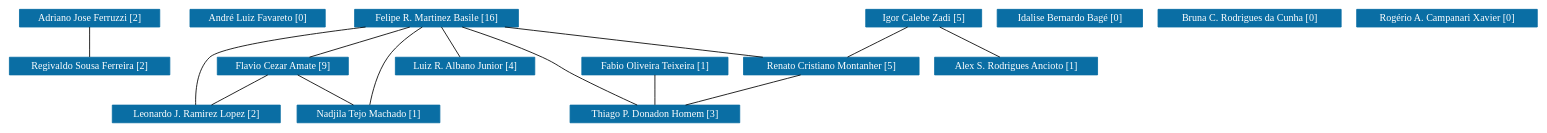
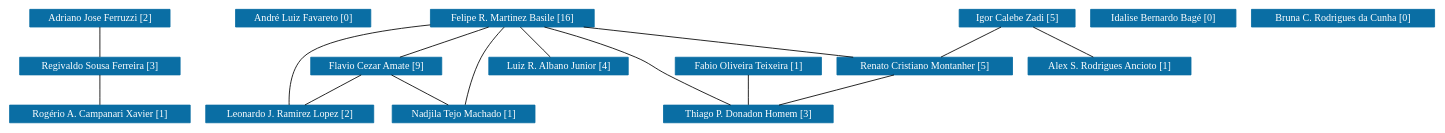
The diagram in grafoDeColaboracoesSemPesos.dot (Data-Science-Research/colaboracaoacademicaGITES), drawn with Graphviz before and after one commit. The commit also changed 72 other files, not shown here.

```diff
--- a/grafoDeColaboracoesSemPesos.dot
+++ b/grafoDeColaboracoesSemPesos.dot
@@ -1,136 +1,137 @@
 strict graph grafo1 {
-	graph [bb="0,0,1819,135",
+	graph [bb="0,0,1696.5,135",
 		id=grafo1,
 		overlap=False
 	];
 	node [fontsize=12,
 		label="\N",
 		shape=rectangle,
 		style=filled
 	];
 	0	[URL="membro-5813261133047060.html",
 		color="#0A6EA4",
 		fontcolor="#FFFFFF",
 		height=0.29167,
 		label="Adriano Jose Ferruzzi [2]",
-		pos="95.5,124.5",
+		pos="107.5,124.5",
 		width=2.3194];
 	8	[URL="membro-8291123108448027.html",
 		color="#0A6EA4",
 		fontcolor="#FFFFFF",
 		height=0.29167,
-		label="Regivaldo Sousa Ferreira [2]",
-		pos="95.5,67.5",
+		label="Regivaldo Sousa Ferreira [3]",
+		pos="107.5,67.5",
 		width=2.6528];
-	0 -- 8	[pos="95.5,113.92 95.5,103.95 95.5,88.408 95.5,78.341"];
+	0 -- 8	[pos="107.5,113.92 107.5,103.95 107.5,88.408 107.5,78.341"];
+	12	[URL="membro-5904768897181890.html",
+		color="#0A6EA4",
+		fontcolor="#FFFFFF",
+		height=0.29167,
+		label="Rogério A. Campanari Xavier [1]",
+		pos="107.5,10.5",
+		width=2.9861];
+	8 -- 12	[pos="107.5,56.92 107.5,46.948 107.5,31.408 107.5,21.341"];
 	1	[URL="membro-1741814375809802.html",
 		color="#0A6EA4",
 		fontcolor="#FFFFFF",
 		height=0.29167,
 		label="André Luiz Favareto [0]",
-		pos="295.5,124.5",
+		pos="349.5,124.5",
 		width=2.2361];
 	2	[URL="membro-9543740522912391.html",
 		color="#0A6EA4",
 		fontcolor="#FFFFFF",
 		height=0.29167,
 		label="Fabio Oliveira Teixeira [1]",
-		pos="768.5,67.5",
+		pos="879.5,67.5",
 		width=2.4167];
 	13	[URL="membro-6109272293288485.html",
 		color="#0A6EA4",
 		fontcolor="#FFFFFF",
 		height=0.29167,
 		label="Thiago P. Donadon Homem [3]",
-		pos="768.5,10.5",
+		pos="879.5,10.5",
 		width=2.8056];
-	2 -- 13	[pos="768.5,56.92 768.5,46.948 768.5,31.408 768.5,21.341"];
+	2 -- 13	[pos="879.5,56.92 879.5,46.948 879.5,31.408 879.5,21.341"];
 	3	[URL="membro-6413817150886826.html",
 		color="#0A6EA4",
 		fontcolor="#FFFFFF",
 		height=0.29167,
 		label="Felipe R. Martinez Basile [16]",
-		pos="508.5,124.5",
+		pos="598.5,124.5",
 		width=2.7083];
-	3 -- 13	[pos="539.08,113.97 564.93,105.55 602.73,92.407 634.5,78 652.07,70.031 655.33,65.803 672.5,57 697.94,43.958 727.77,30.029 747.34,21.068"];
+	3 -- 13	[pos="636.72,113.98 666.85,105.93 709.61,93.279 745.5,78 763.25,70.441 766.33,65.803 783.5,57 808.94,43.958 838.77,30.029 858.34,21.068"];
 	4	[URL="membro-8976791755900010.html",
 		color="#0A6EA4",
 		fontcolor="#FFFFFF",
 		height=0.29167,
 		label="Flavio Cezar Amate [9]",
-		pos="325.5,67.5",
+		pos="436.5,67.5",
 		width=2.1667];
-	3 -- 4	[pos="476.62,113.92 443.14,103.86 390.78,88.12 357.32,78.063"];
+	3 -- 4	[pos="570.28,113.92 540.64,103.86 494.29,88.12 464.67,78.063"];
 	7	[URL="membro-8754322948547165.html",
 		color="#0A6EA4",
 		fontcolor="#FFFFFF",
 		height=0.29167,
 		label="Luiz R. Albano Junior [4]",
-		pos="542.5,67.5",
+		pos="653.5,67.5",
 		width=2.3056];
-	3 -- 7	[pos="514.42,113.92 520.59,103.95 530.19,88.408 536.42,78.341"];
+	3 -- 7	[pos="608.08,113.92 618.05,103.95 633.59,88.408 643.66,78.341"];
 	9	[URL="membro-0270118728577579.html",
 		color="#0A6EA4",
 		fontcolor="#FFFFFF",
 		height=0.29167,
 		label="Renato Cristiano Montanher [5]",
-		pos="978.5,67.5",
+		pos="1089.5,67.5",
 		width=2.9028];
-	3 -- 9	[pos="589.83,113.98 675.88,103.91 810.87,88.116 896.98,78.039"];
+	3 -- 9	[pos="683.47,113.98 773.36,103.91 914.38,88.116 1004.3,78.039"];
 	14	[URL="membro-0112108049902805.html",
 		color="#0A6EA4",
 		fontcolor="#FFFFFF",
 		height=0.29167,
 		label="Nadjila Tejo Machado [1]",
-		pos="427.5,10.5",
+		pos="540.5,10.5",
 		width=2.3611];
-	3 -- 14	[pos="491.58,113.94 478.69,105.87 461.35,93.215 450.5,78 437.88,60.293 431.69,35.06 429.09,21.327"];
+	3 -- 14	[pos="588.78,113.82 580.51,105.11 568.84,91.623 561.5,78 551.39,59.242 545.26,34.845 542.41,21.428"];
 	15	[URL="membro-4323140190774391.html",
 		color="#0A6EA4",
 		fontcolor="#FFFFFF",
 		height=0.29167,
 		label="Leonardo J. Ramirez Lopez [2]",
-		pos="222.5,10.5",
+		pos="333.5,10.5",
 		width=2.7778];
-	3 -- 15	[pos="424.01,113.97 349.98,104.87 252.1,90.689 238.5,78 222.7,63.256 221.28,35.865 221.78,21.261"];
-	4 -- 14	[pos="343.27,56.92 361.87,46.886 390.94,31.216 409.59,21.155"];
-	4 -- 15	[pos="307.56,56.92 288.77,46.886 259.42,31.216 240.58,21.155"];
-	9 -- 13	[pos="941.92,56.92 903.49,46.856 843.41,31.12 805.01,21.063"];
+	3 -- 15	[pos="500.95,116.52 440.89,110.22 371.33,98.65 349.5,78 333.8,63.147 332.34,35.802 332.8,21.234"];
+	4 -- 14	[pos="454.62,56.92 473.59,46.886 503.22,31.216 522.24,21.155"];
+	4 -- 15	[pos="418.56,56.92 399.77,46.886 370.42,31.216 351.58,21.155"];
+	9 -- 13	[pos="1052.9,56.92 1014.5,46.856 954.41,31.12 916.01,21.063"];
 	5	[URL="membro-0255523082900191.html",
 		color="#0A6EA4",
 		fontcolor="#FFFFFF",
 		height=0.29167,
 		label="Idalise Bernardo Bagé [0]",
-		pos="1262.5,124.5",
+		pos="1373.5,124.5",
 		width=2.4028];
 	6	[URL="membro-0150761926799891.html",
 		color="#0A6EA4",
 		fontcolor="#FFFFFF",
 		height=0.29167,
 		label="Igor Calebe Zadi [5]",
-		pos="1088.5,124.5",
+		pos="1199.5,124.5",
 		width=1.9167];
-	6 -- 9	[pos="1069.3,113.92 1049.3,103.89 1017.9,88.216 997.81,78.155"];
+	6 -- 9	[pos="1180.3,113.92 1160.3,103.89 1128.9,88.216 1108.8,78.155"];
 	10	[URL="membro-7290375482443455.html",
 		color="#0A6EA4",
 		fontcolor="#FFFFFF",
 		height=0.29167,
 		label="Alex S. Rodrigues Ancioto [1]",
-		pos="1198.5,67.5",
+		pos="1309.5,67.5",
 		width=2.6944];
-	6 -- 10	[pos="1107.7,113.92 1127.7,103.89 1159.1,88.216 1179.2,78.155"];
+	6 -- 10	[pos="1218.7,113.92 1238.7,103.89 1270.1,88.216 1290.2,78.155"];
 	11	[URL="membro-5631261956953546.html",
 		color="#0A6EA4",
 		fontcolor="#FFFFFF",
 		height=0.29167,
 		label="Bruna C. Rodrigues da Cunha [0]",
-		pos="1476.5,124.5",
+		pos="1587.5,124.5",
 		width=3.0278];
-	12	[URL="membro-5904768897181890.html",
-		color="#0A6EA4",
-		fontcolor="#FFFFFF",
-		height=0.29167,
-		label="Rogério A. Campanari Xavier [0]",
-		pos="1711.5,124.5",
-		width=2.9861];
 }
```
